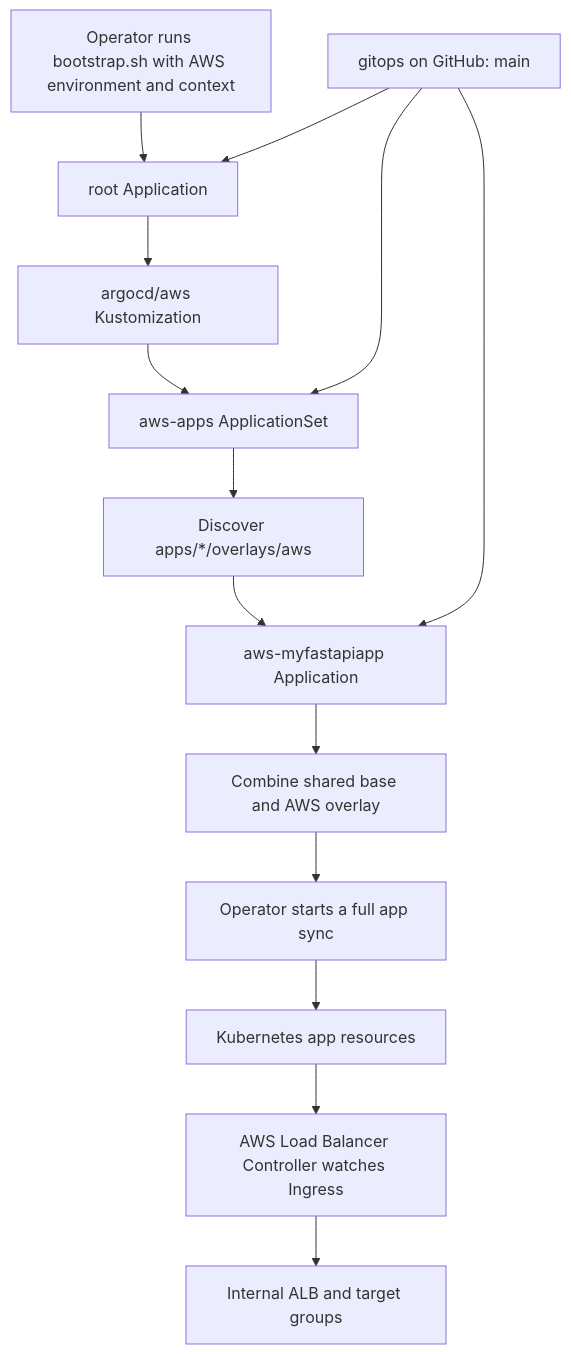
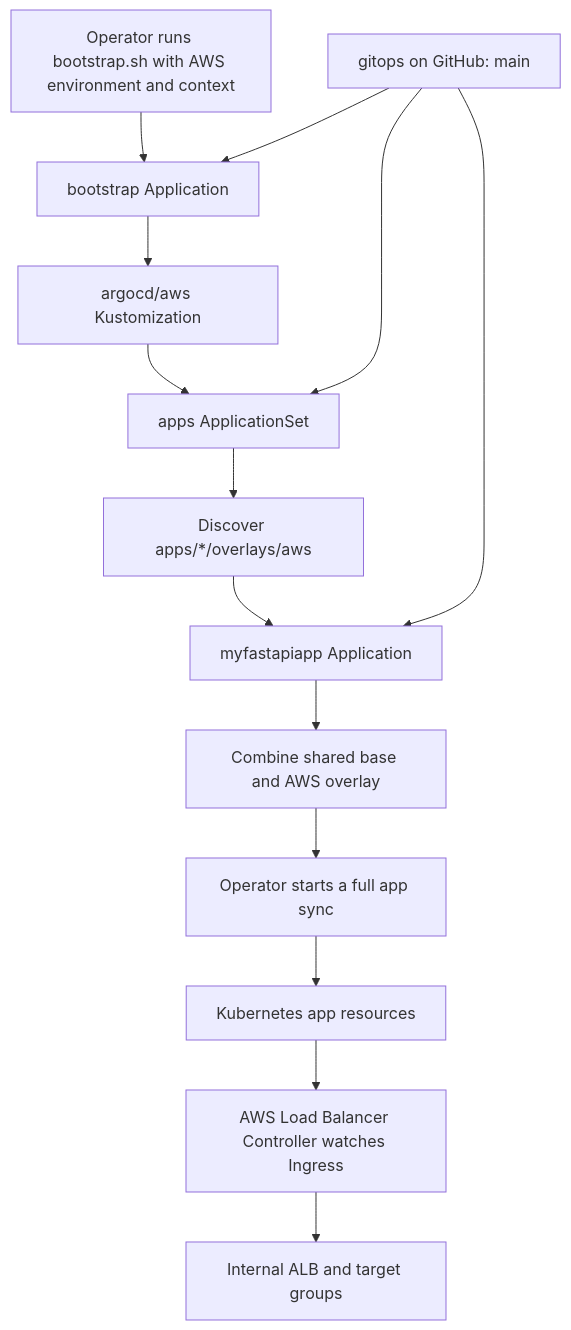
One commit to pquarg/gitops changed the first of 2 diagrams in docs/aws/architecture.md. Above: the diagram before and after it, drawn with Mermaid. The commit also changed other lines of this file and 24 other files, not shown here.

````diff
--- a/docs/aws/architecture.md
+++ b/docs/aws/architecture.md
@@ -34,16 +34,16 @@
 ```mermaid
 flowchart TD
-    Operator[Operator runs bootstrap.sh with AWS environment and context] --> Root[root Application]
-    Git[gitops on GitHub: main] --> Root
-    Root --> Registrations[argocd/aws Kustomization]
-    Registrations --> AppSet[aws-apps ApplicationSet]
+    Operator[Operator runs bootstrap.sh with AWS environment and context] --> Bootstrap[bootstrap Application]
+    Git[gitops on GitHub: main] --> Bootstrap
+    Bootstrap --> Registrations[argocd/aws Kustomization]
+    Registrations --> AppSet[apps ApplicationSet]
     Git --> AppSet
     AppSet --> Discovery[Discover apps/*/overlays/aws]
-    Discovery --> App[aws-myfastapiapp Application]
+    Discovery --> App[myfastapiapp Application]
     Git --> App
     App --> Render[Combine shared base and AWS overlay]
     Render --> Sync[Operator starts a full app sync]
     Sync --> Resources[Kubernetes app resources]
     Resources --> Controller[AWS Load Balancer Controller watches Ingress]
     Controller --> ALB[Internal ALB and target groups]
 ```
````
